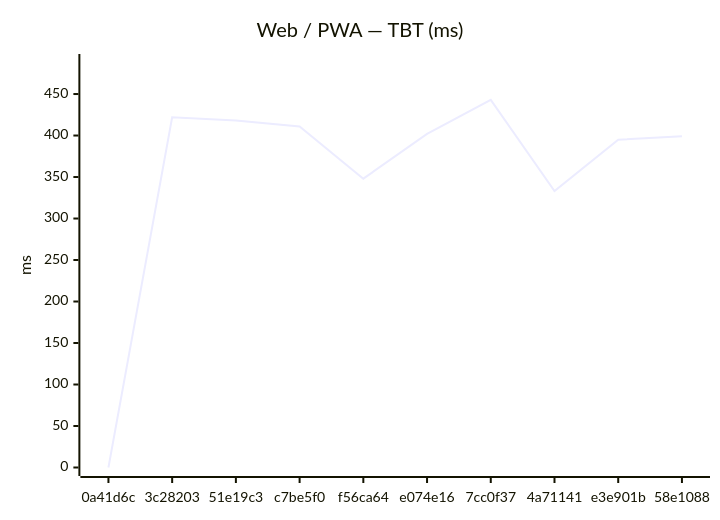
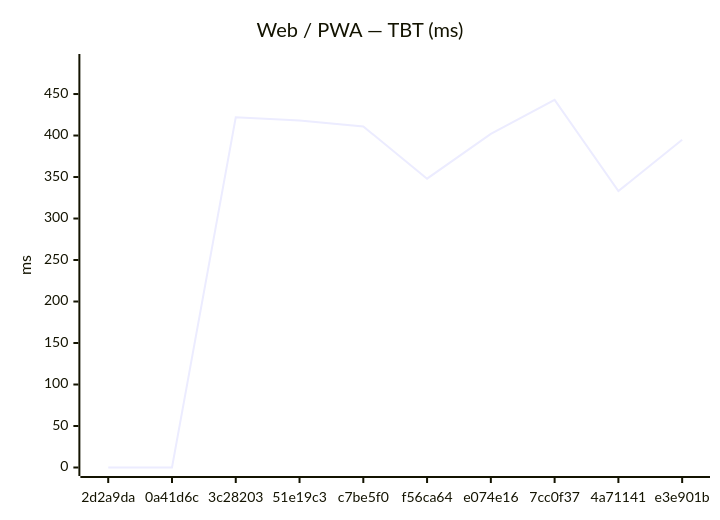
One commit to Metaheurist/Rianell changed the second of 18 diagrams in benchmarks/compare.md. Above: the diagram before and after it, drawn with Mermaid. The commit also changed other lines of this file and 11 other files, not shown here.

````diff
--- a/benchmarks/compare.md
+++ b/benchmarks/compare.md
@@ -31,7 +31,7 @@
 ```mermaid
 xychart-beta
     title "Web / PWA — TBT (ms)"
-    x-axis ["0a41d6c", "3c28203", "51e19c3", "c7be5f0", "f56ca64", "e074e16", "7cc0f37", "4a71141", "e3e901b", "58e1088"]
+    x-axis ["2d2a9da", "0a41d6c", "3c28203", "51e19c3", "c7be5f0", "f56ca64", "e074e16", "7cc0f37", "4a71141", "e3e901b"]
     y-axis "ms" 0 --> 488
-    line [0, 422, 418, 411, 348, 402, 443, 333, 395, 399]
+    line [0, 0, 422, 418, 411, 348, 402, 443, 333, 395]
 ```
````
